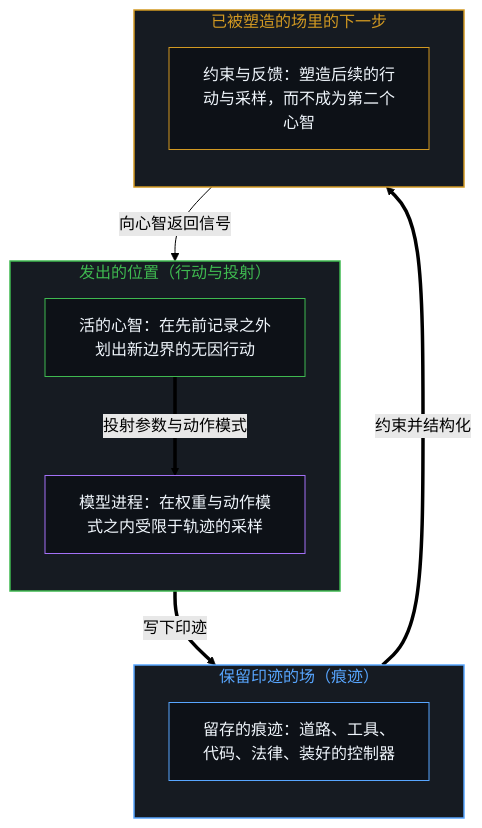
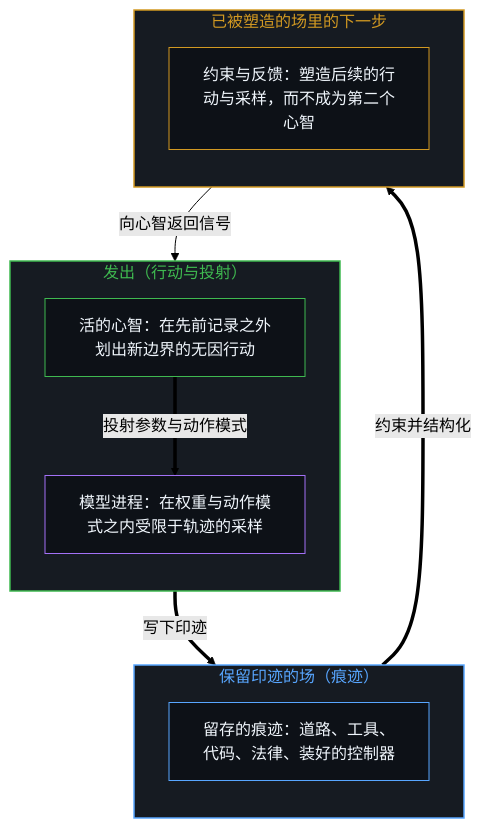
The first of 2 diagrams in content/posts/the-mark-and-the-act.md (powerpig99/not-a-toe), drawn with Mermaid (forest theme) before and after one commit. The commit also changed other lines of this file and 7 other files, not shown here.

````diff
--- a/content/posts/the-mark-and-the-act.md
+++ b/content/posts/the-mark-and-the-act.md
@@ -45,27 +45,27 @@
 ```mermaid
 flowchart TD
-    subgraph S_Emit["发出的位置（行动与投射）"]
+    subgraph S_Emit["发出（行动与投射）"]
         direction TB
         E_Mind["活的心智：在先前记录之外划出新边界的无因行动"]
         E_Model["模型进程：在权重与动作模式之内受限于轨迹的采样"]
         E_Mind ==>|"投射参数与动作模式"| E_Model
     end
     subgraph S_Field["保留印迹的场（痕迹）"]
         direction TB
         F1["留存的痕迹：道路、工具、代码、法律、装好的控制器"]
     end
     subgraph S_Next["已被塑造的场里的下一步"]
         direction TB
         N1["约束与反馈：塑造后续的行动与采样，而不成为第二个心智"]
     end
     E_Model ==>|"写下印迹"| F1
     F1 ==>|"约束并结构化"| N1
     N1 -->|"向心智返回信号"| E_Mind
     style S_Emit fill:#161b22,stroke:#3fb950,stroke-width:1.5px,color:#3fb950
     style S_Field fill:#161b22,stroke:#58a6ff,stroke-width:1.5px,color:#58a6ff
     style S_Next fill:#161b22,stroke:#d29922,stroke-width:1.5px,color:#d29922
     style E_Mind fill:#0d1117,stroke:#3fb950,stroke-width:1px,color:#f0f6fc
     style E_Model fill:#0d1117,stroke:#a371f7,stroke-width:1px,color:#f0f6fc
     style F1 fill:#0d1117,stroke:#58a6ff,stroke-width:1px,color:#f0f6fc
     style N1 fill:#0d1117,stroke:#d29922,stroke-width:1px,color:#f0f6fc
 ```
````
